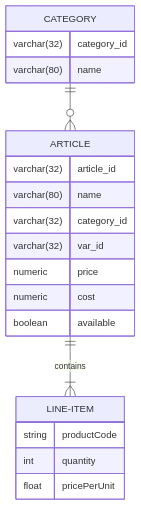
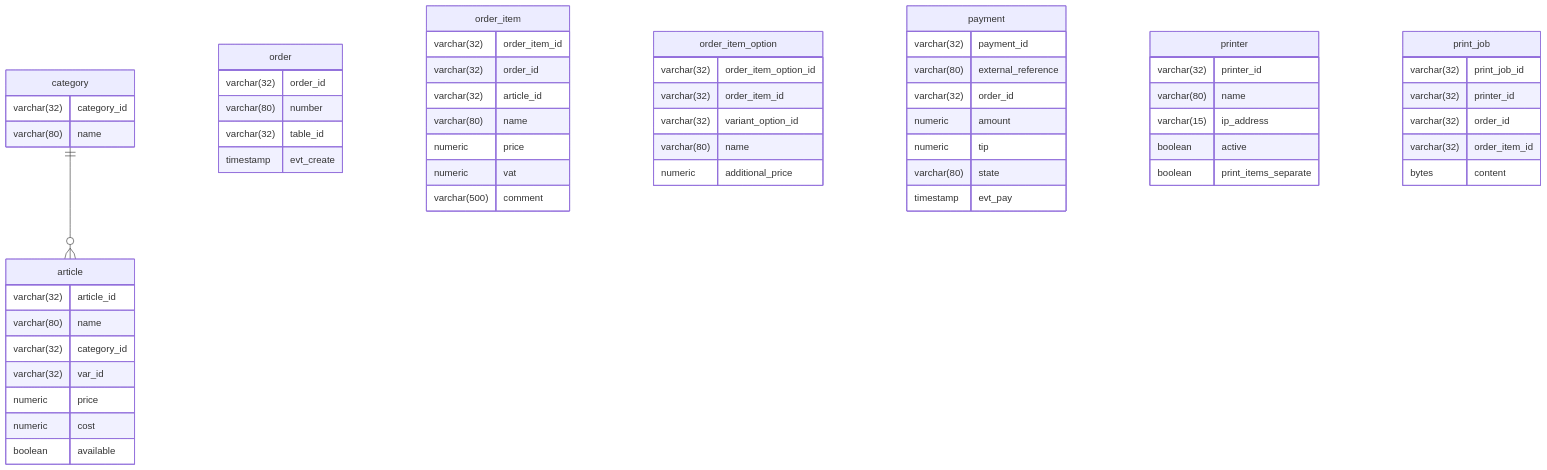
One commit to gourmetgate/docdump changed the diagram in database/database-erd.md. Above: the diagram before and after it, drawn with Mermaid. The commit also changed 1 other file, not shown here.

Commit message:
Extend ERD diagram

````diff
--- a/database/database-erd.md
+++ b/database/database-erd.md
@@ -3,23 +3,62 @@
 ```mermaid
 erDiagram
-    CATEGORY ||--o{ ARTICLE: ""
-    CATEGORY {
+    category ||--o{ article: ""
+    category {
         varchar(32) category_id
         varchar(80) name
     }
-    ARTICLE ||--|{ LINE-ITEM: contains
-    ARTICLE {
+    article {
         varchar(32) article_id
         varchar(80) name
         varchar(32) category_id
         varchar(32) var_id
         numeric price
         numeric cost
         boolean available
     }
-    LINE-ITEM {
-        string productCode
-        int quantity
-        float pricePerUnit
+    order {
+        varchar(32) order_id
+        varchar(80) number
+        varchar(32) table_id
+        timestamp evt_create
+    }
+    order_item {
+        varchar(32) order_item_id
+        varchar(32) order_id
+        varchar(32) article_id
+        varchar(80) name
+        numeric price
+        numeric vat
+        varchar(500) comment
+    }
+    order_item_option {
+        varchar(32) order_item_option_id
+        varchar(32) order_item_id
+        varchar(32) variant_option_id
+        varchar(80) name
+        numeric additional_price
+    }
+    payment {
+        varchar(32) payment_id
+        varchar(80) external_reference
+        varchar(32) order_id
+        numeric amount
+        numeric tip
+        varchar(80) state
+        timestamp evt_pay
+    }
+    printer {
+        varchar(32) printer_id
+        varchar(80) name
+        varchar(15) ip_address
+        boolean active
+        boolean print_items_separate
+    }
+    print_job {
+        varchar(32) print_job_id
+        varchar(32) printer_id
+        varchar(32) order_id
+        varchar(32) order_item_id
+        bytes content
     }
 ```
````
